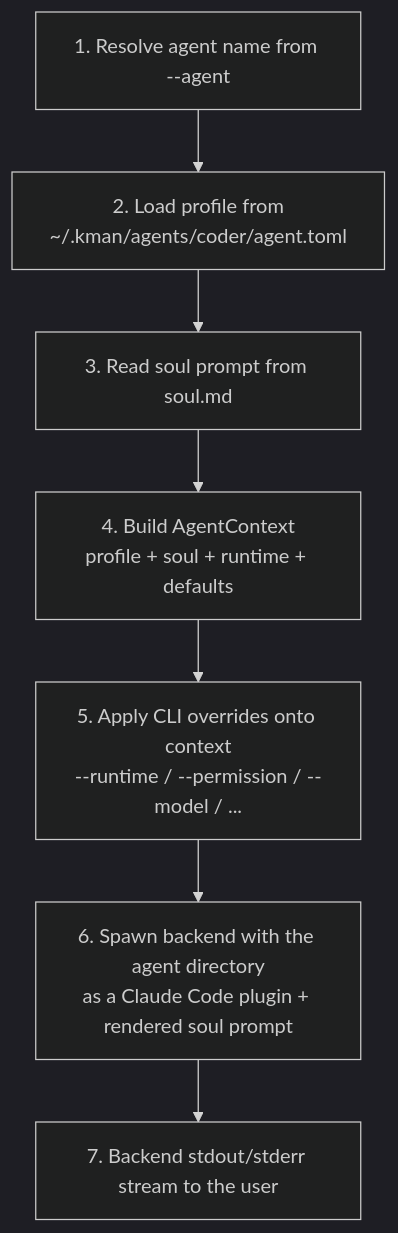
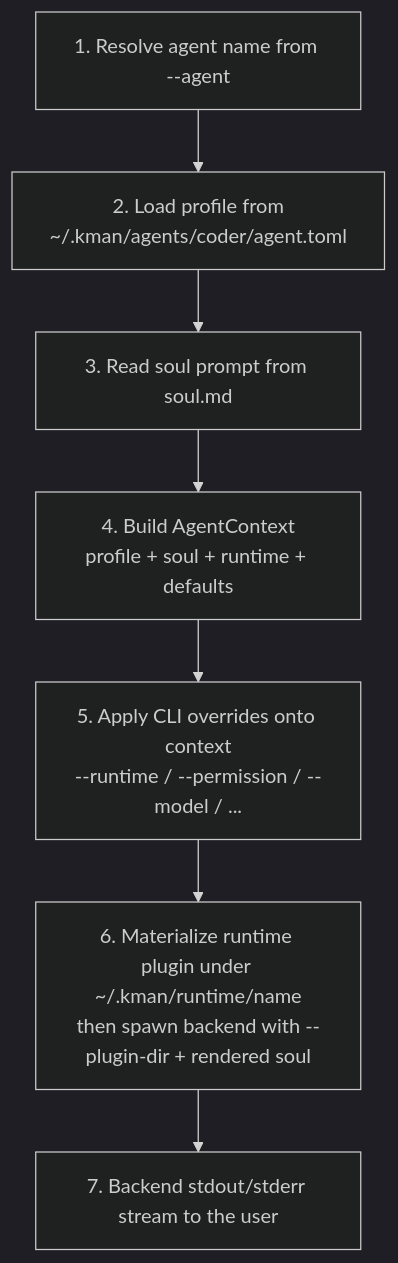
Before and after one commit to unliftedq/kman: the second of 2 diagrams in docs/DESIGN.md, drawn with Mermaid (dark theme). The commit also changed other lines of this file and 18 other files, not shown here.

Commit message:
Materialize plugin layout into ~/.kman/runtime instead of the agent dir (#6)

````diff
--- a/docs/DESIGN.md
+++ b/docs/DESIGN.md
@@ -55,9 +55,9 @@
 ```mermaid
 flowchart TB
     A[1. Resolve agent name from --agent] --> B[2. Load profile from<br/>~/.kman/agents/coder/agent.toml]
     B --> C[3. Read soul prompt from soul.md]
     C --> D[4. Build AgentContext<br/>profile + soul + runtime + defaults]
     D --> E[5. Apply CLI overrides onto context<br/>--runtime / --permission / --model / ...]
-    E --> F[6. Spawn backend with the agent directory<br/>as a Claude Code plugin + rendered soul prompt]
+    E --> F[6. Materialize runtime plugin under ~/.kman/runtime/name<br/>then spawn backend with --plugin-dir + rendered soul]
     F --> G[7. Backend stdout/stderr stream to the user]
 ```
````
